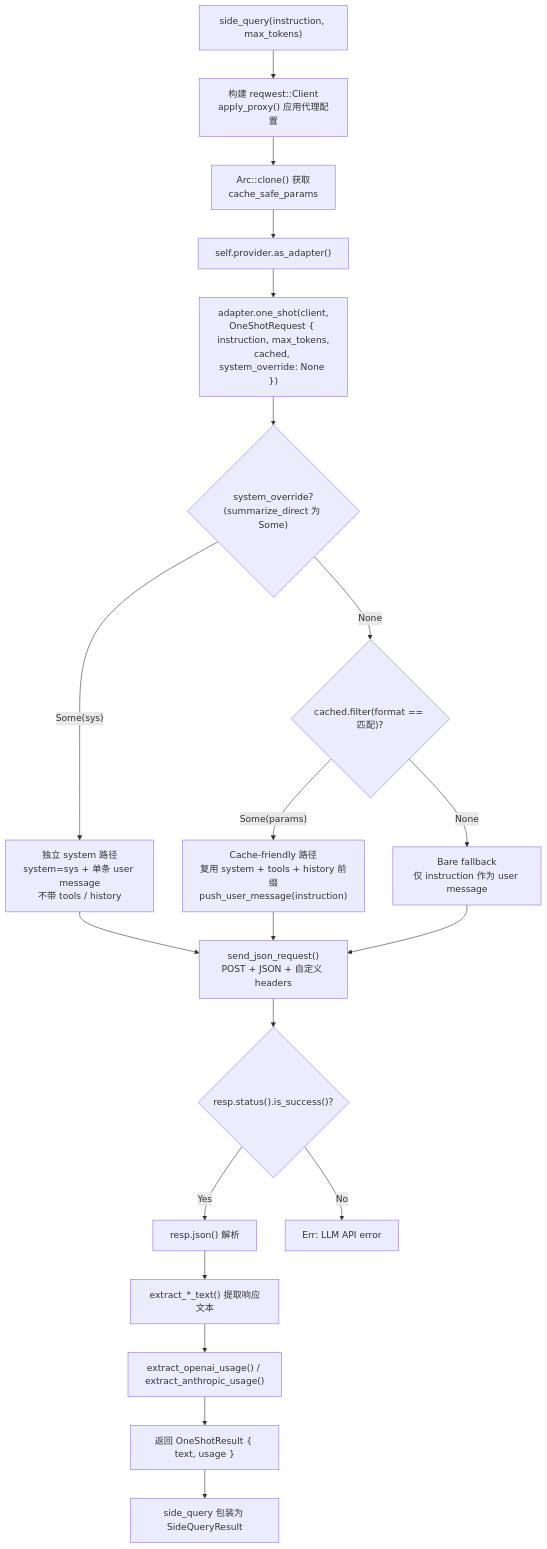
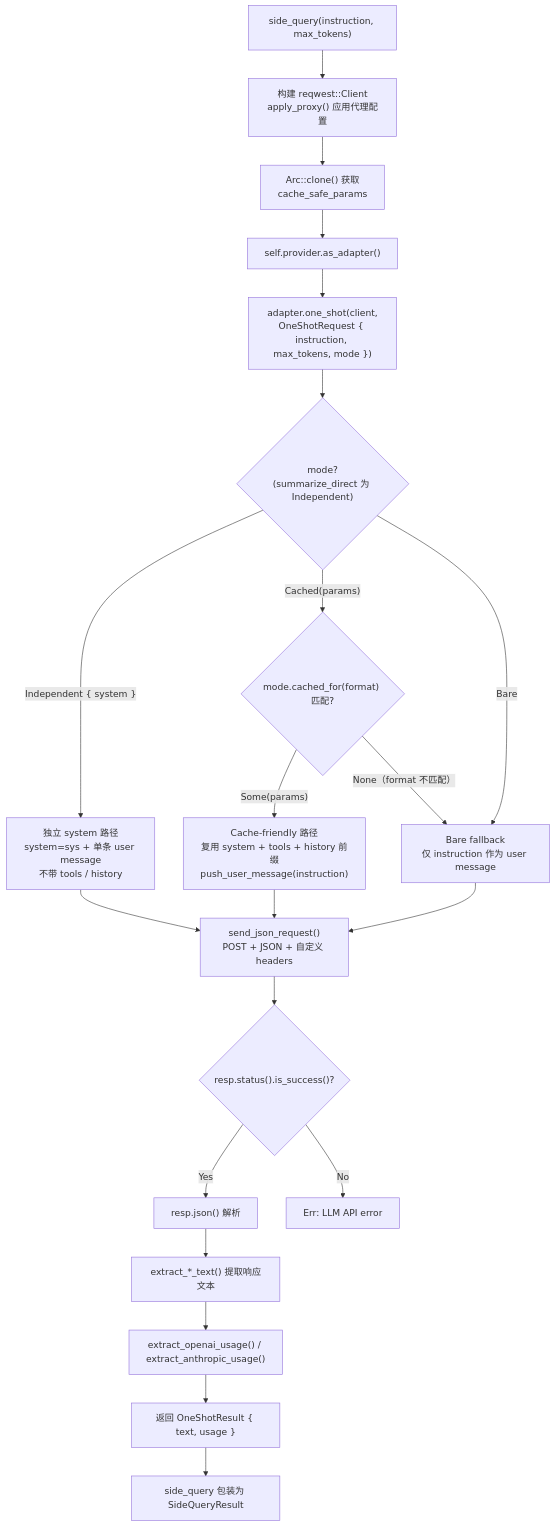
One commit to gabrielmoreira/agent-skills-mirror changed the second of 2 diagrams in mirrors/repos/shiwenwen@hope-agent/docs/architecture/side-query.md. Above: the diagram before and after it, drawn with Mermaid. The commit also changed other lines of this file and 1948 other files, not shown here.

````diff
--- a/mirrors/repos/shiwenwen@hope-agent/docs/architecture/side-query.md
+++ b/mirrors/repos/shiwenwen@hope-agent/docs/architecture/side-query.md
@@ -54,26 +54,27 @@
 ```mermaid
 flowchart TD
     A["side_query(instruction, max_tokens)"] --> B["构建 reqwest::Client<br/>apply_proxy() 应用代理配置"]
     B --> C["Arc::clone() 获取<br/>cache_safe_params"]
     C --> D["self.provider.as_adapter()"]
-    D --> E["adapter.one_shot(client,<br/>OneShotRequest { instruction, max_tokens,<br/>cached, system_override: None })"]
+    D --> E["adapter.one_shot(client,<br/>OneShotRequest { instruction, max_tokens, mode })"]
 
-    E --> F{"system_override?<br/>(summarize_direct 为 Some)"}
-    F -- "Some(sys)" --> G["独立 system 路径<br/>system=sys + 单条 user message<br/>不带 tools / history"]
-    F -- "None" --> H{"cached.filter(format == 匹配)?"}
+    E --> F{"mode?<br/>(summarize_direct 为 Independent)"}
+    F -- "Independent { system }" --> G["独立 system 路径<br/>system=sys + 单条 user message<br/>不带 tools / history"]
+    F -- "Cached(params)" --> H{"mode.cached_for(format) 匹配?"}
+    F -- "Bare" --> J["Bare fallback<br/>仅 instruction 作为 user message"]
 
     H -- "Some(params)" --> I["Cache-friendly 路径<br/>复用 system + tools + history 前缀<br/>push_user_message(instruction)"]
-    H -- "None" --> J["Bare fallback<br/>仅 instruction 作为 user message"]
+    H -- "None（format 不匹配）" --> J
 
     G --> K["send_json_request()<br/>POST + JSON + 自定义 headers"]
     I --> K
     J --> K
     K --> L{"resp.status().is_success()?"}
     L -- Yes --> M["resp.json() 解析"]
     L -- No --> N["Err: LLM API error"]
     M --> O["extract_*_text() 提取响应文本"]
     O --> P["extract_openai_usage() / extract_anthropic_usage()"]
     P --> Q["返回 OneShotResult { text, usage }"]
     Q --> R["side_query 包装为 SideQueryResult"]
 
 ```
````
